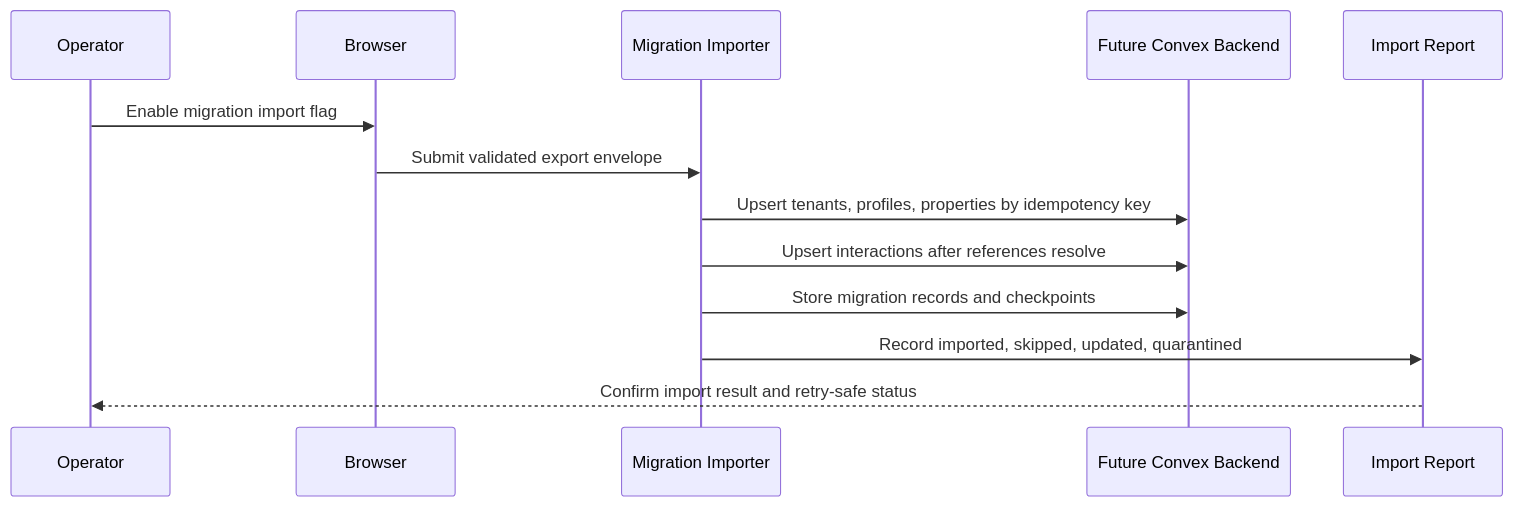
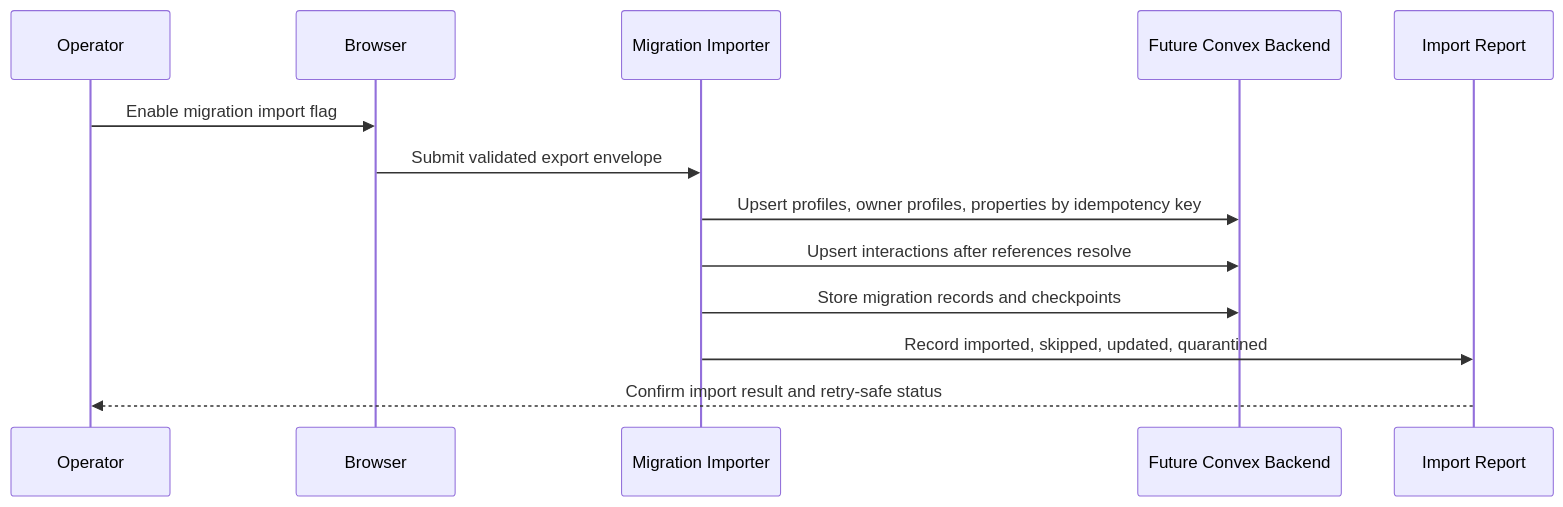
Before and after one commit to njoudae/sakanaha: the second of 4 diagrams in docs/data-migration-strategy.md, drawn with Mermaid. The commit also changed other lines of this file and 83 other files, not shown here.

````diff
--- a/docs/data-migration-strategy.md
+++ b/docs/data-migration-strategy.md
@@ -177,16 +177,16 @@
 ```mermaid
 sequenceDiagram
   participant Operator
   participant Browser
   participant Importer as Migration Importer
   participant Convex as Future Convex Backend
   participant Report as Import Report
 
   Operator->>Browser: Enable migration import flag
   Browser->>Importer: Submit validated export envelope
-  Importer->>Convex: Upsert tenants, profiles, properties by idempotency key
+  Importer->>Convex: Upsert profiles, owner profiles, properties by idempotency key
   Importer->>Convex: Upsert interactions after references resolve
   Importer->>Convex: Store migration records and checkpoints
   Importer->>Report: Record imported, skipped, updated, quarantined
   Report-->>Operator: Confirm import result and retry-safe status
 ```
````
